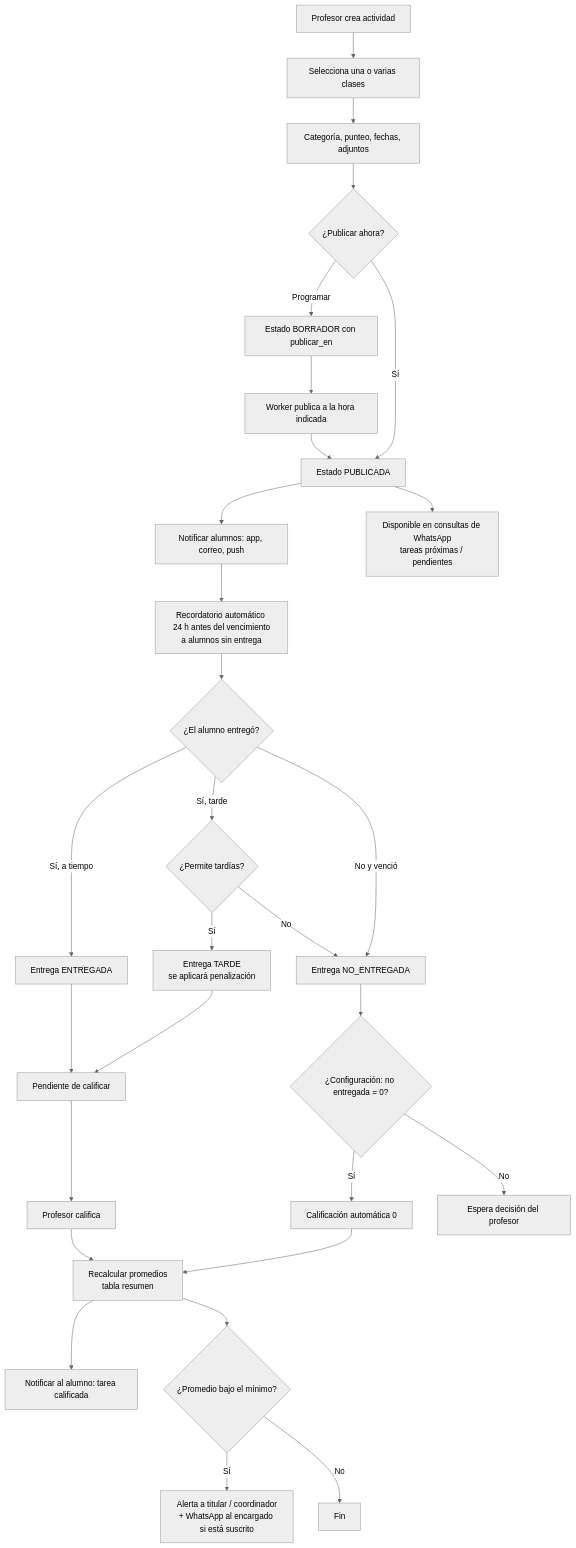
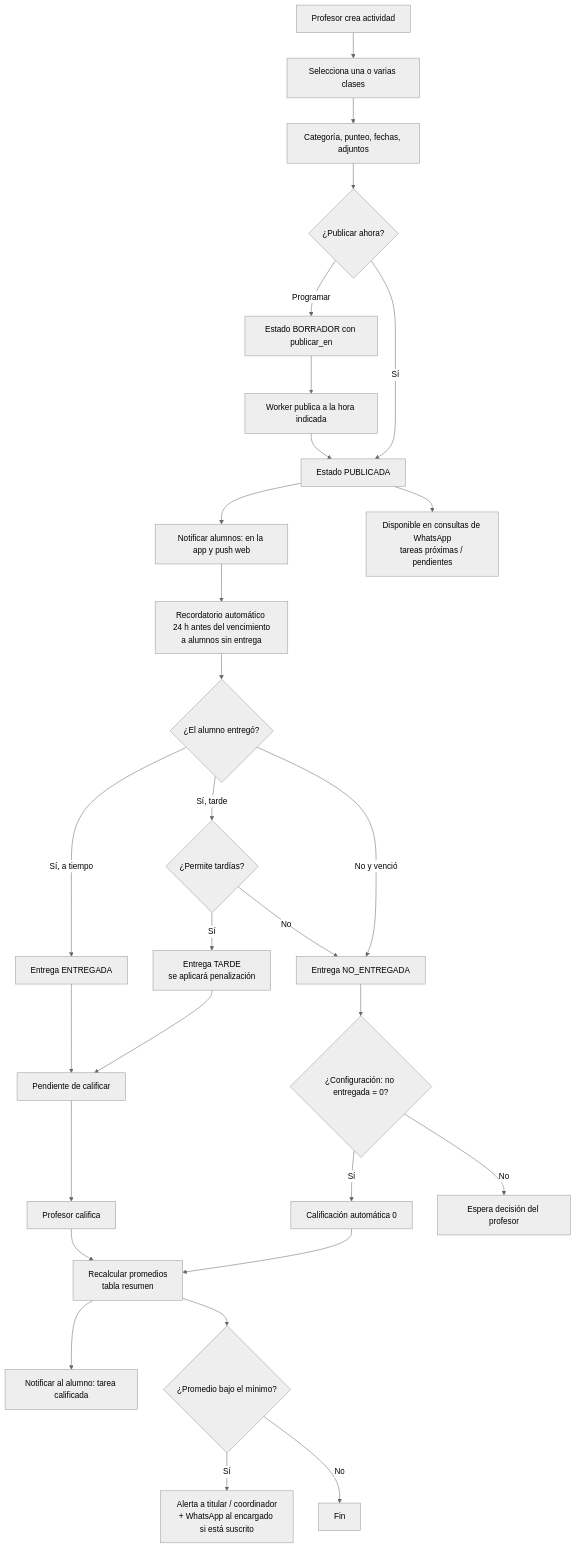
Before and after one commit to PabloReyes1/RexaEdu: the third of 10 diagrams in docs/07-flujos.md, drawn with Mermaid (neutral theme). The commit also changed other lines of this file and 11 other files, not shown here.

First line of the commit message:
docs: quitar 2FA y correo de alumnos; agregar diseño UI/UX a la medida

````diff
--- a/docs/07-flujos.md
+++ b/docs/07-flujos.md
@@ -47,28 +47,28 @@
 ```mermaid
 flowchart TD
     A[Profesor crea actividad] --> B[Selecciona una o varias clases]
     B --> C[Categoría, punteo, fechas, adjuntos]
     C --> D{¿Publicar ahora?}
     D -- Programar --> D1[Estado BORRADOR con publicar_en] --> D2[Worker publica a la hora indicada] --> E
     D -- Sí --> E[Estado PUBLICADA]
-    E --> F[Notificar alumnos: app, correo, push]
+    E --> F[Notificar alumnos: en la app y push web]
     E --> G[Disponible en consultas de WhatsApp<br/>tareas próximas / pendientes]
     F --> H[Recordatorio automático 24 h antes del vencimiento<br/>a alumnos sin entrega]
     H --> I{¿El alumno entregó?}
     I -- Sí, a tiempo --> J[Entrega ENTREGADA]
     I -- Sí, tarde --> K{¿Permite tardías?}
     K -- Sí --> K1[Entrega TARDE<br/>se aplicará penalización] --> J2
     K -- No --> L
     I -- No y venció --> L[Entrega NO_ENTREGADA]
     J --> J2[Pendiente de calificar]
     L --> M{¿Configuración: no entregada = 0?}
     M -- Sí --> M1[Calificación automática 0]
     M -- No --> M2[Espera decisión del profesor]
     J2 --> N[Profesor califica]
     N --> O[Recalcular promedios<br/>tabla resumen]
     M1 --> O
     O --> P[Notificar al alumno: tarea calificada]
     O --> Q{¿Promedio bajo el mínimo?}
     Q -- Sí --> Q1[Alerta a titular / coordinador<br/>+ WhatsApp al encargado si está suscrito]
     Q -- No --> R[Fin]
 ```
````
